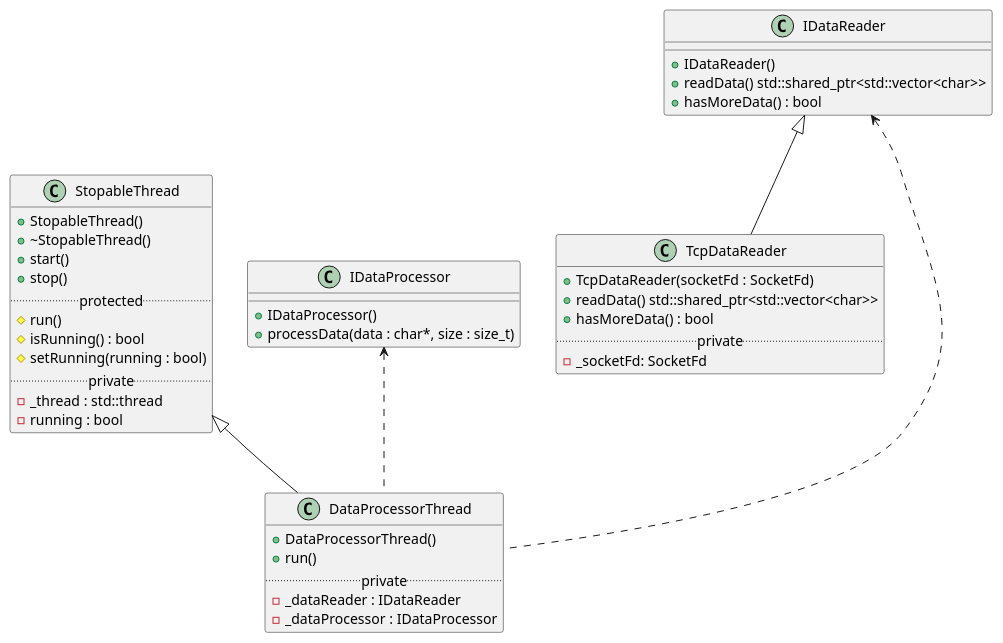
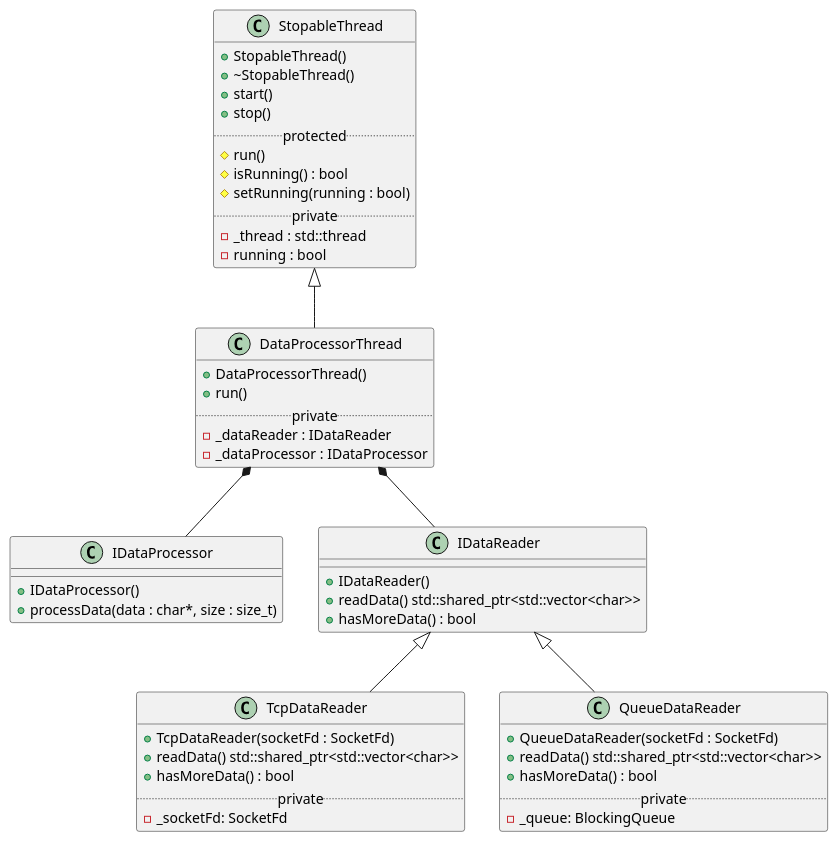
Before and after one commit to xiguichen/tcpudp: the diagram in doc/DataProcess.md, drawn with PlantUML. The commit also changed 1 other file, not shown here.

Commit message:
design document for virtual channel

````diff
--- a/doc/DataProcess.md
+++ b/doc/DataProcess.md
@@ -1,50 +1,58 @@
 ```plantuml
 
 class StopableThread {
     +StopableThread()
     +~StopableThread()
     +start()
     +stop()
     ..protected..
      #run()
     #isRunning() : bool
     #setRunning(running : bool)
     ..private..
     -_thread : std::thread
     -running : bool
 }
 
 
 class IDataProcessor {
     +IDataProcessor()
     +processData(data : char*, size : size_t)
 }
 
 class TcpDataReader extends IDataReader {
     +TcpDataReader(socketFd : SocketFd)
     +readData() std::shared_ptr<std::vector<char>>
     +hasMoreData() : bool
     ..private..
     -_socketFd: SocketFd
 }
 
+class QueueDataReader extends IDataReader {
+    +QueueDataReader(socketFd : SocketFd)
+    +readData() std::shared_ptr<std::vector<char>>
+    +hasMoreData() : bool
+    ..private..
+    -_queue: BlockingQueue
+}
+
 class IDataReader {
     +IDataReader()
     +readData() std::shared_ptr<std::vector<char>>
     +hasMoreData() : bool
 }
 
 class DataProcessorThread extends StopableThread {
     +DataProcessorThread()
     +run()
     ..private..
      -_dataReader : IDataReader
     -_dataProcessor : IDataProcessor
 }
 
 
-IDataReader <... DataProcessorThread
-IDataProcessor <.. DataProcessorThread
+DataProcessorThread *-- IDataReader
+DataProcessorThread *-- IDataProcessor
 
 
 ```
````
